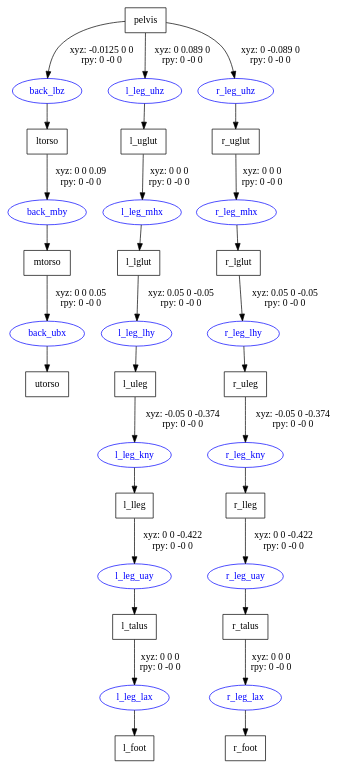
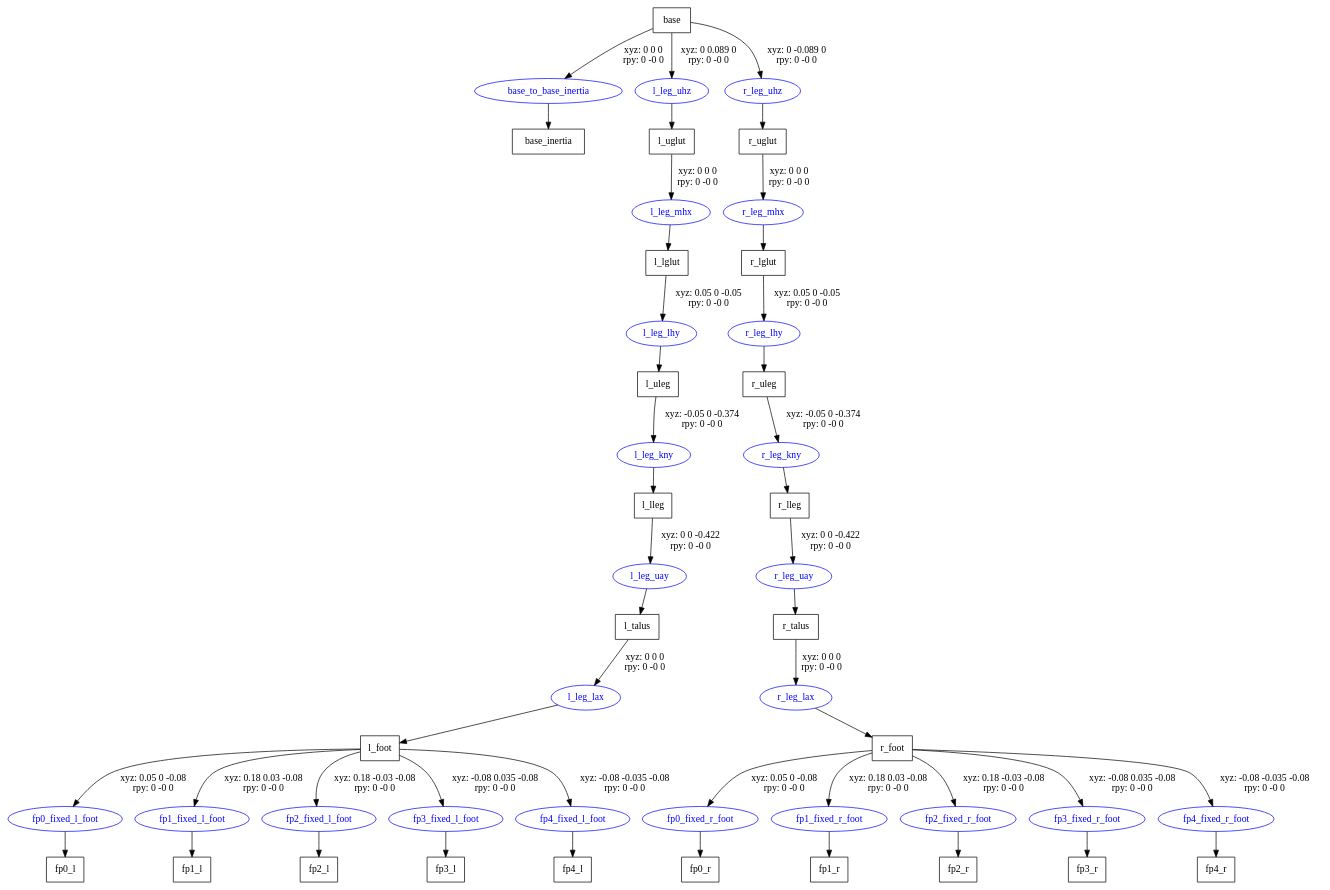
The diagram in ocs2_pros_gazebo2/urdf/pros_walker.gv (Seas00n/Pros_MPC_V2), drawn with Graphviz before and after one commit. The commit also changed 23 other files, not shown here.

```diff
--- a/ocs2_pros_gazebo2/urdf/pros_walker.gv
+++ b/ocs2_pros_gazebo2/urdf/pros_walker.gv
@@ -1,50 +1,74 @@
 digraph G {
 node [shape=box];
-"pelvis" [label="pelvis"];
-"ltorso" [label="ltorso"];
-"mtorso" [label="mtorso"];
-"utorso" [label="utorso"];
+"base" [label="base"];
+"base_inertia" [label="base_inertia"];
 "l_uglut" [label="l_uglut"];
 "l_lglut" [label="l_lglut"];
 "l_uleg" [label="l_uleg"];
 "l_lleg" [label="l_lleg"];
 "l_talus" [label="l_talus"];
 "l_foot" [label="l_foot"];
+"fp0_l" [label="fp0_l"];
+"fp1_l" [label="fp1_l"];
+"fp2_l" [label="fp2_l"];
+"fp3_l" [label="fp3_l"];
+"fp4_l" [label="fp4_l"];
 "r_uglut" [label="r_uglut"];
 "r_lglut" [label="r_lglut"];
 "r_uleg" [label="r_uleg"];
 "r_lleg" [label="r_lleg"];
 "r_talus" [label="r_talus"];
 "r_foot" [label="r_foot"];
+"fp0_r" [label="fp0_r"];
+"fp1_r" [label="fp1_r"];
+"fp2_r" [label="fp2_r"];
+"fp3_r" [label="fp3_r"];
+"fp4_r" [label="fp4_r"];
 node [shape=ellipse, color=blue, fontcolor=blue];
-"pelvis" -> "back_lbz" [label="xyz: -0.0125 0 0 \nrpy: 0 -0 0"]
-"back_lbz" -> "ltorso"
-"ltorso" -> "back_mby" [label="xyz: 0 0 0.09 \nrpy: 0 -0 0"]
-"back_mby" -> "mtorso"
-"mtorso" -> "back_ubx" [label="xyz: 0 0 0.05 \nrpy: 0 -0 0"]
-"back_ubx" -> "utorso"
-"pelvis" -> "l_leg_uhz" [label="xyz: 0 0.089 0 \nrpy: 0 -0 0"]
+"base" -> "base_to_base_inertia" [label="xyz: 0 0 0 \nrpy: 0 -0 0"]
+"base_to_base_inertia" -> "base_inertia"
+"base" -> "l_leg_uhz" [label="xyz: 0 0.089 0 \nrpy: 0 -0 0"]
 "l_leg_uhz" -> "l_uglut"
 "l_uglut" -> "l_leg_mhx" [label="xyz: 0 0 0 \nrpy: 0 -0 0"]
 "l_leg_mhx" -> "l_lglut"
 "l_lglut" -> "l_leg_lhy" [label="xyz: 0.05 0 -0.05 \nrpy: 0 -0 0"]
 "l_leg_lhy" -> "l_uleg"
 "l_uleg" -> "l_leg_kny" [label="xyz: -0.05 0 -0.374 \nrpy: 0 -0 0"]
 "l_leg_kny" -> "l_lleg"
 "l_lleg" -> "l_leg_uay" [label="xyz: 0 0 -0.422 \nrpy: 0 -0 0"]
 "l_leg_uay" -> "l_talus"
 "l_talus" -> "l_leg_lax" [label="xyz: 0 0 0 \nrpy: 0 -0 0"]
 "l_leg_lax" -> "l_foot"
-"pelvis" -> "r_leg_uhz" [label="xyz: 0 -0.089 0 \nrpy: 0 -0 0"]
+"l_foot" -> "fp0_fixed_l_foot" [label="xyz: 0.05 0 -0.08 \nrpy: 0 -0 0"]
+"fp0_fixed_l_foot" -> "fp0_l"
+"l_foot" -> "fp1_fixed_l_foot" [label="xyz: 0.18 0.03 -0.08 \nrpy: 0 -0 0"]
+"fp1_fixed_l_foot" -> "fp1_l"
+"l_foot" -> "fp2_fixed_l_foot" [label="xyz: 0.18 -0.03 -0.08 \nrpy: 0 -0 0"]
+"fp2_fixed_l_foot" -> "fp2_l"
+"l_foot" -> "fp3_fixed_l_foot" [label="xyz: -0.08 0.035 -0.08 \nrpy: 0 -0 0"]
+"fp3_fixed_l_foot" -> "fp3_l"
+"l_foot" -> "fp4_fixed_l_foot" [label="xyz: -0.08 -0.035 -0.08 \nrpy: 0 -0 0"]
+"fp4_fixed_l_foot" -> "fp4_l"
+"base" -> "r_leg_uhz" [label="xyz: 0 -0.089 0 \nrpy: 0 -0 0"]
 "r_leg_uhz" -> "r_uglut"
 "r_uglut" -> "r_leg_mhx" [label="xyz: 0 0 0 \nrpy: 0 -0 0"]
 "r_leg_mhx" -> "r_lglut"
 "r_lglut" -> "r_leg_lhy" [label="xyz: 0.05 0 -0.05 \nrpy: 0 -0 0"]
 "r_leg_lhy" -> "r_uleg"
 "r_uleg" -> "r_leg_kny" [label="xyz: -0.05 0 -0.374 \nrpy: 0 -0 0"]
 "r_leg_kny" -> "r_lleg"
 "r_lleg" -> "r_leg_uay" [label="xyz: 0 0 -0.422 \nrpy: 0 -0 0"]
 "r_leg_uay" -> "r_talus"
 "r_talus" -> "r_leg_lax" [label="xyz: 0 0 0 \nrpy: 0 -0 0"]
 "r_leg_lax" -> "r_foot"
+"r_foot" -> "fp0_fixed_r_foot" [label="xyz: 0.05 0 -0.08 \nrpy: 0 -0 0"]
+"fp0_fixed_r_foot" -> "fp0_r"
+"r_foot" -> "fp1_fixed_r_foot" [label="xyz: 0.18 0.03 -0.08 \nrpy: 0 -0 0"]
+"fp1_fixed_r_foot" -> "fp1_r"
+"r_foot" -> "fp2_fixed_r_foot" [label="xyz: 0.18 -0.03 -0.08 \nrpy: 0 -0 0"]
+"fp2_fixed_r_foot" -> "fp2_r"
+"r_foot" -> "fp3_fixed_r_foot" [label="xyz: -0.08 0.035 -0.08 \nrpy: 0 -0 0"]
+"fp3_fixed_r_foot" -> "fp3_r"
+"r_foot" -> "fp4_fixed_r_foot" [label="xyz: -0.08 -0.035 -0.08 \nrpy: 0 -0 0"]
+"fp4_fixed_r_foot" -> "fp4_r"
 }
```
